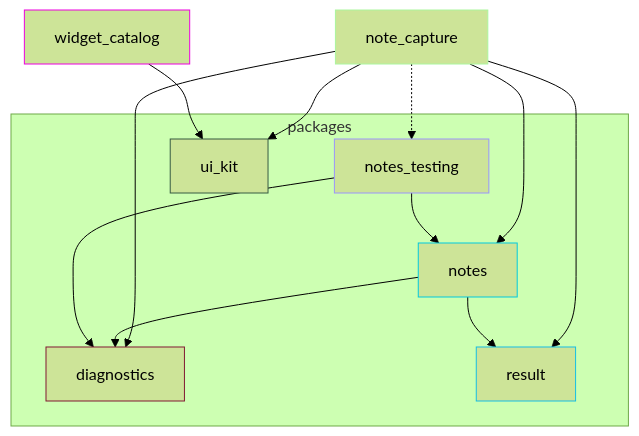
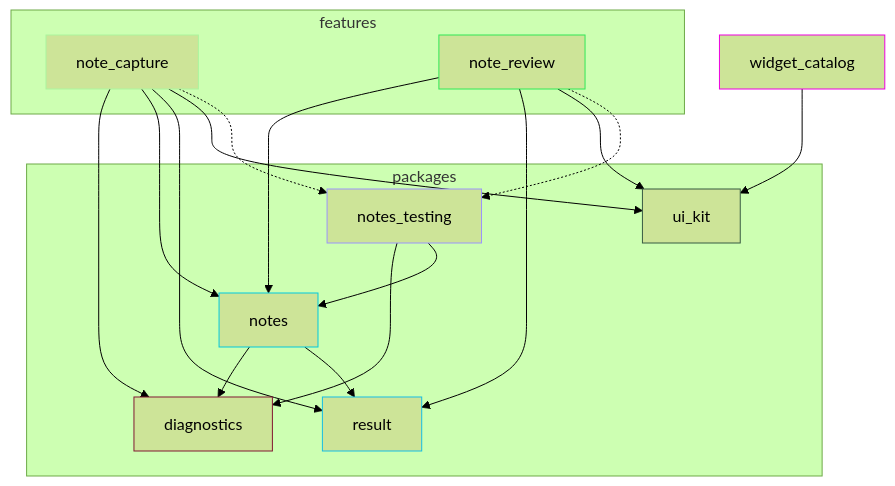
Before and after one commit to ethicnology/flutter-template: the diagram in docs/module-graph.md, drawn with Mermaid (forest theme). The commit also changed 13 other files, not shown here.

````diff
--- a/docs/module-graph.md
+++ b/docs/module-graph.md
@@ -5,34 +5,44 @@
 ```mermaid
 graph TD
   diagnostics["diagnostics"]
   style diagnostics stroke:#811832
   note_capture["note_capture"]
   style note_capture stroke:#abf59e
+  note_review["note_review"]
+  style note_review stroke:#30e857
   notes["notes"]
   style notes stroke:#03c9dd
   notes_testing["notes_testing"]
   style notes_testing stroke:#9b95fb
   result["result"]
   style result stroke:#17bde3
   ui_kit["ui_kit"]
   style ui_kit stroke:#375a43
   widget_catalog["widget_catalog"]
   style widget_catalog stroke:#ed01df
   note_capture --> diagnostics
   note_capture --> notes
   note_capture --> result
   note_capture --> ui_kit
   note_capture -.-> notes_testing
+  note_review --> notes
+  note_review --> result
+  note_review --> ui_kit
+  note_review -.-> notes_testing
   notes --> diagnostics
   notes --> result
   notes_testing --> diagnostics
   notes_testing --> notes
   widget_catalog --> ui_kit
   subgraph packages0 ["packages"]
     diagnostics
     notes
     notes_testing
     result
     ui_kit
   end
+  subgraph features1 ["features"]
+    note_capture
+    note_review
+  end
 ```
````
